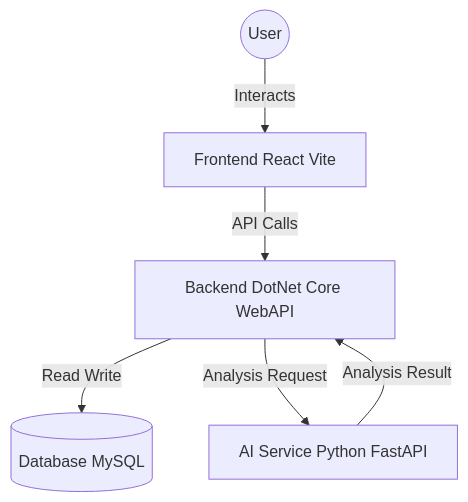
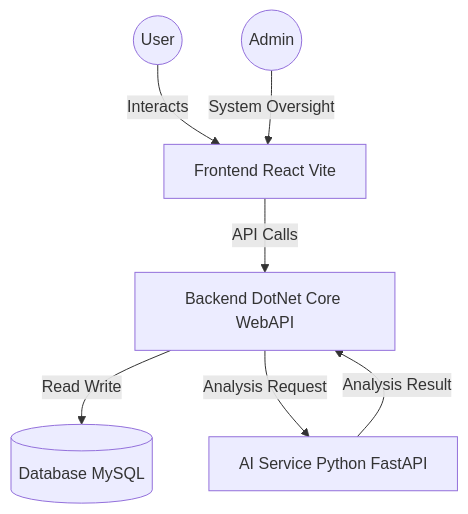
Before and after one commit to PremT0301/HireLens: the diagram in README.md, drawn with Mermaid. The commit also changed other lines of this file and 28 other files, not shown here.

Commit message:
feat: Implement a comprehensive admin module including dashboard, user and job management, system health monitoring, and real-time analytics.

````diff
--- a/README.md
+++ b/README.md
@@ -56,15 +60,17 @@
 ```mermaid
 graph TD
     User((User))
+    Admin((Admin))
     Frontend[Frontend React Vite]
     Backend[Backend DotNet Core WebAPI]
     DB[(Database MySQL)]
     AI[AI Service Python FastAPI]
 
     User -->|Interacts| Frontend
+    Admin -->|System Oversight| Frontend
     Frontend -->|API Calls| Backend
     Backend -->|Read Write| DB
     Backend -->|Analysis Request| AI
     AI -->|Analysis Result| Backend
 
 ```
````
